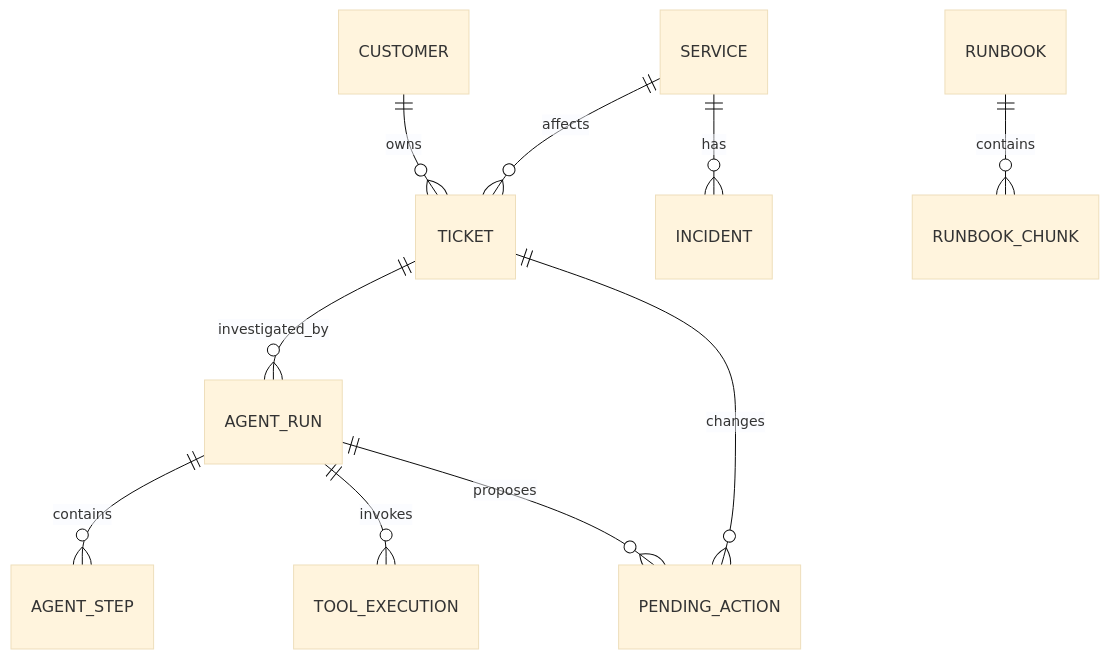
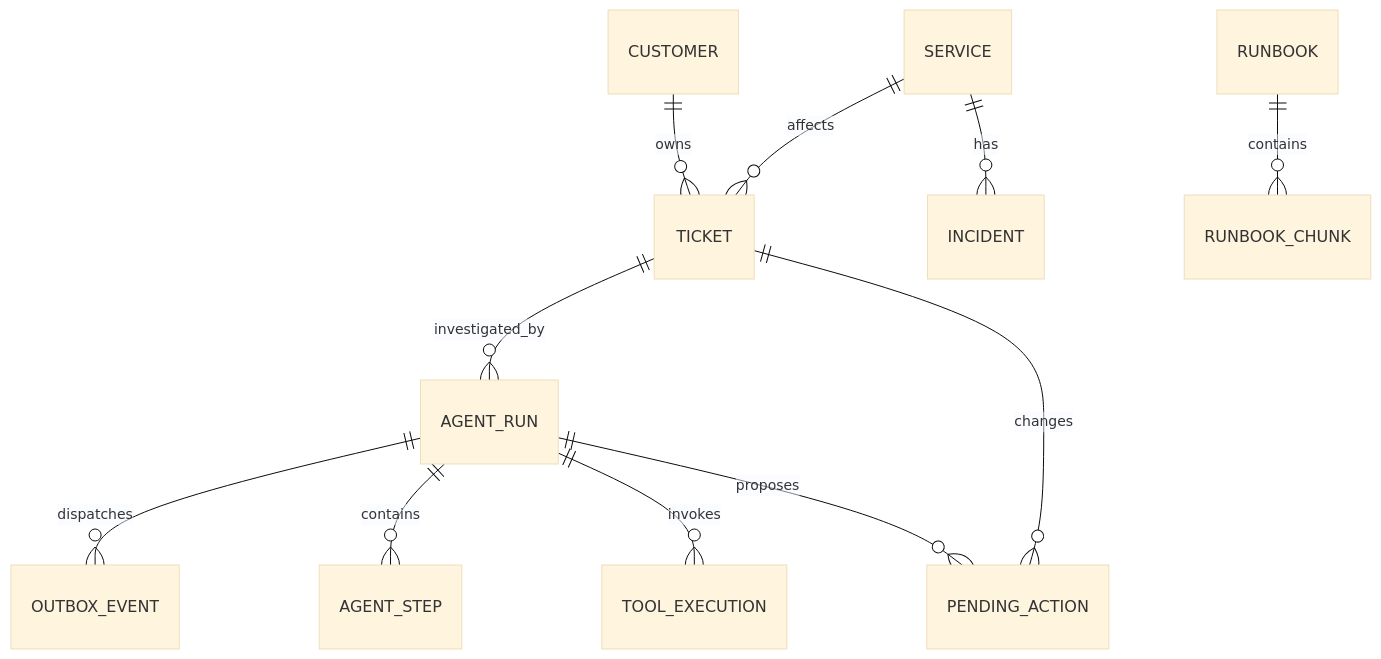
One commit to wye-ts/opspilot changed the fifth of 9 diagrams in docs/03-technical-design.md. Above: the diagram before and after it, drawn with Mermaid (base theme). The commit also changed other lines of this file, not shown here.

Commit message:
Add transactional outbox design

````diff
--- a/docs/03-technical-design.md
+++ b/docs/03-technical-design.md
@@ -623,12 +687,13 @@
 ```mermaid
 erDiagram
     CUSTOMER ||--o{ TICKET : owns
     SERVICE ||--o{ TICKET : affects
     SERVICE ||--o{ INCIDENT : has
     TICKET ||--o{ AGENT_RUN : investigated_by
+    AGENT_RUN ||--o{ OUTBOX_EVENT : dispatches
     AGENT_RUN ||--o{ AGENT_STEP : contains
     AGENT_RUN ||--o{ TOOL_EXECUTION : invokes
     AGENT_RUN ||--o{ PENDING_ACTION : proposes
     RUNBOOK ||--o{ RUNBOOK_CHUNK : contains
     TICKET ||--o{ PENDING_ACTION : changes
 ```
````
